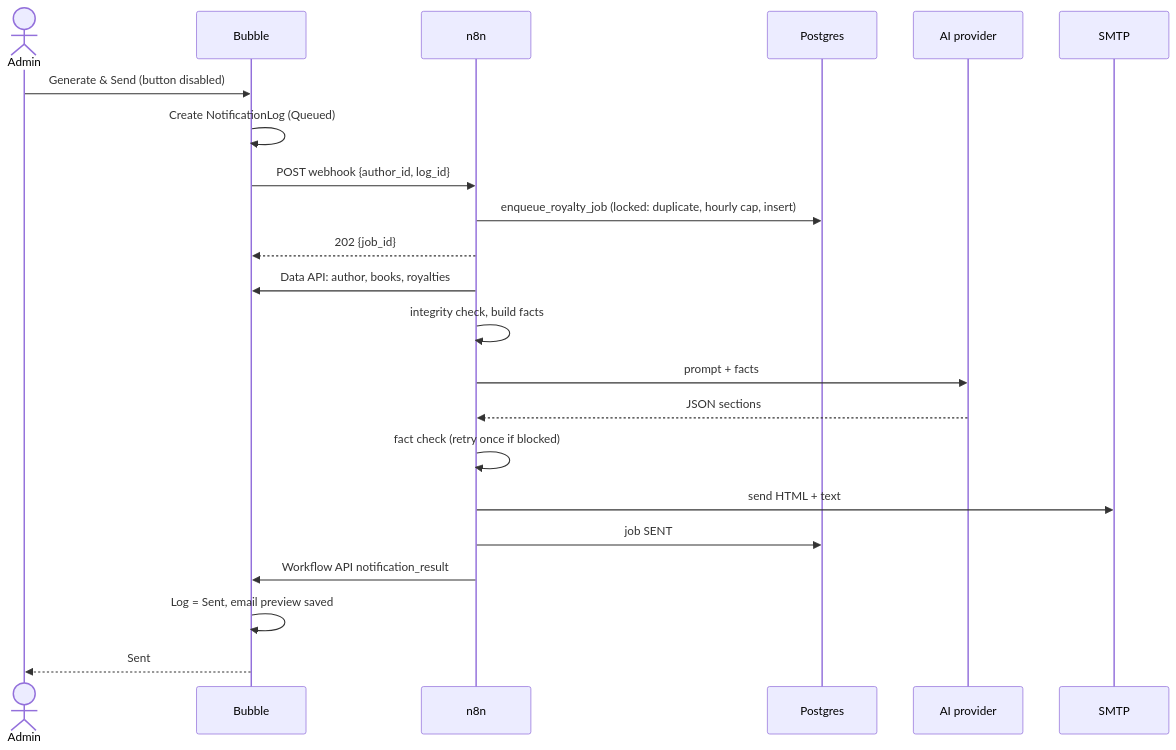
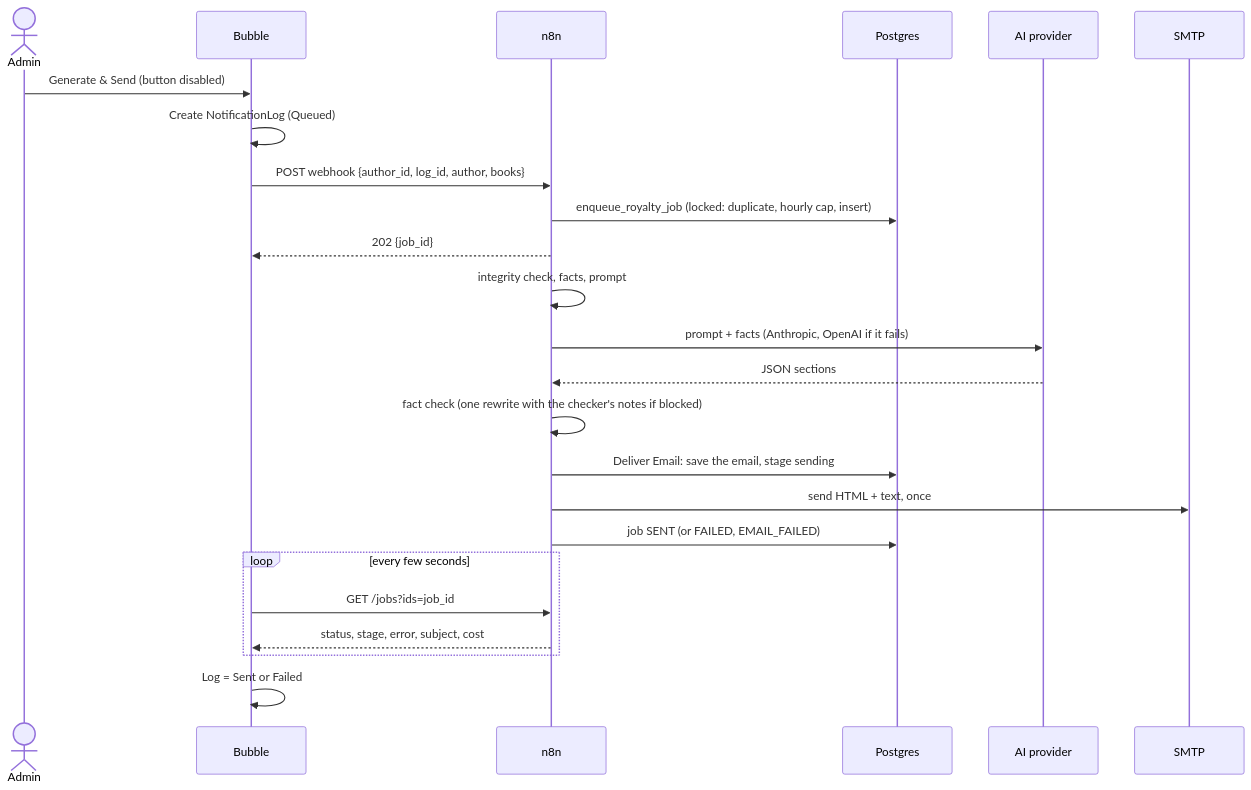
One commit to akshykmratloop/bookleaf-royalty-automation changed the second of 3 diagrams in docs/integration.md. Above: the diagram before and after it, drawn with Mermaid. The commit also changed other lines of this file and 15 other files, not shown here.

````diff
--- a/docs/integration.md
+++ b/docs/integration.md
@@ -39,24 +43,26 @@
 ```mermaid
 sequenceDiagram
   actor Admin
   participant Bub as Bubble
   participant N8 as n8n
   participant PG as Postgres
   participant AI as AI provider
   participant SMTP
   Admin->>Bub: Generate & Send (button disabled)
   Bub->>Bub: Create NotificationLog (Queued)
-  Bub->>N8: POST webhook {author_id, log_id}
+  Bub->>N8: POST webhook {author_id, log_id, author, books}
   N8->>PG: enqueue_royalty_job (locked: duplicate, hourly cap, insert)
   N8-->>Bub: 202 {job_id}
-  N8->>Bub: Data API: author, books, royalties
-  N8->>N8: integrity check, build facts
-  N8->>AI: prompt + facts
+  N8->>N8: integrity check, facts, prompt
+  N8->>AI: prompt + facts (Anthropic, OpenAI if it fails)
   AI-->>N8: JSON sections
-  N8->>N8: fact check (retry once if blocked)
-  N8->>SMTP: send HTML + text
-  N8->>PG: job SENT
-  N8->>Bub: Workflow API notification_result
-  Bub->>Bub: Log = Sent, email preview saved
-  Bub-->>Admin: Sent
+  N8->>N8: fact check (one rewrite with the checker's notes if blocked)
+  N8->>PG: Deliver Email: save the email, stage sending
+  N8->>SMTP: send HTML + text, once
+  N8->>PG: job SENT (or FAILED, EMAIL_FAILED)
+  loop every few seconds
+    Bub->>N8: GET /jobs?ids=job_id
+    N8-->>Bub: status, stage, error, subject, cost
+  end
+  Bub->>Bub: Log = Sent or Failed
 ```
````
